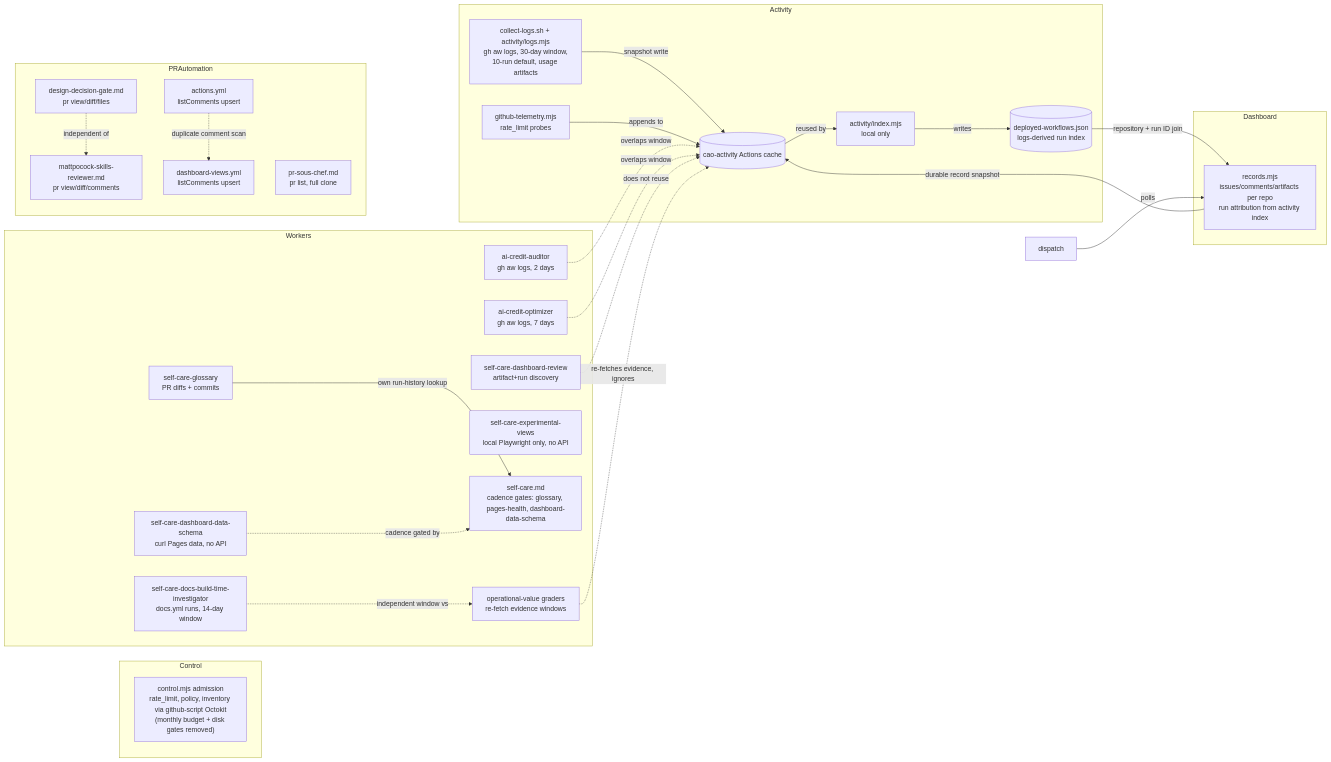
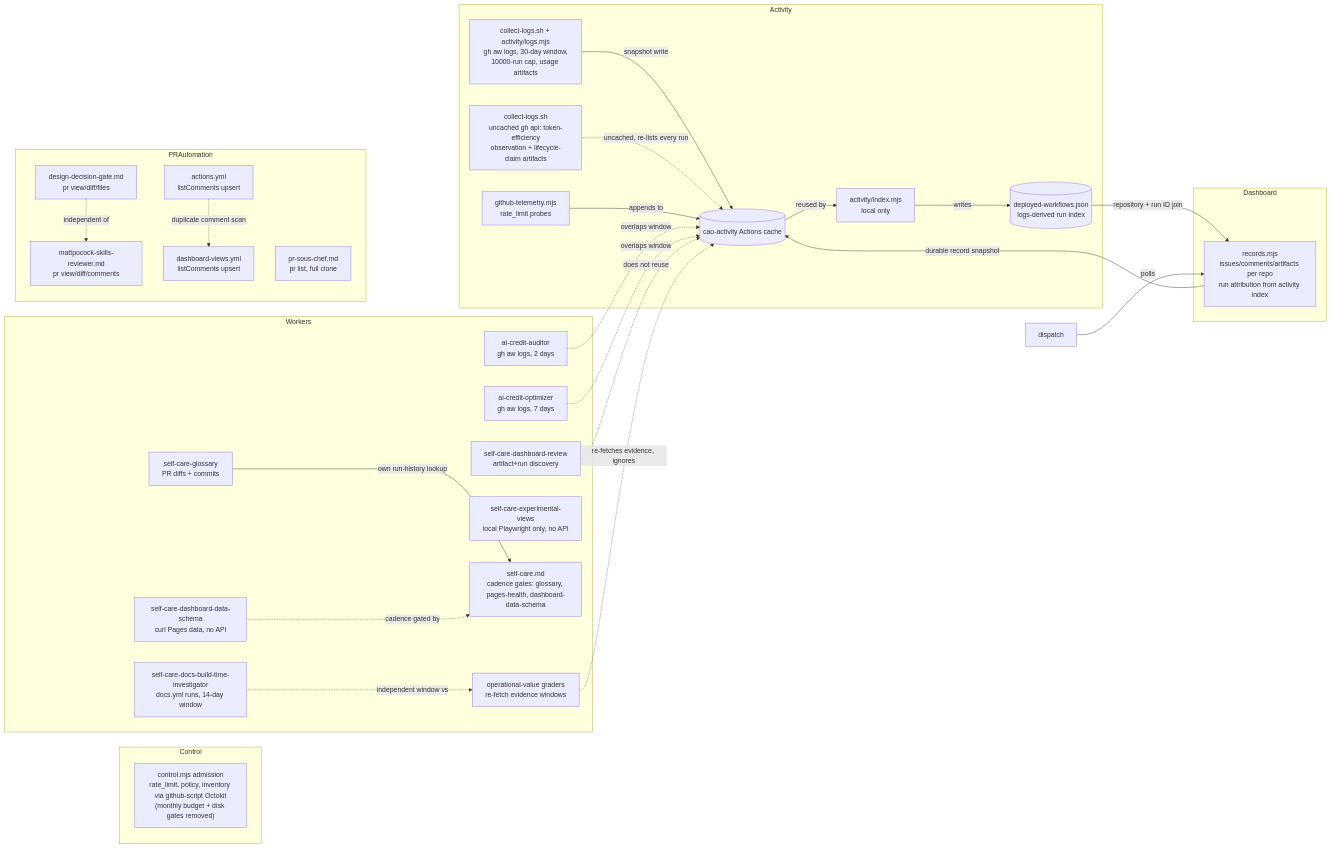
One commit to elefthei/gh-aw-cao changed the diagram in specs/data-acquisition-audit.md. Above: the diagram before and after it, drawn with Mermaid. The commit also changed other lines of this file and 1 other file, not shown here.

Commit message:
Refresh data acquisition audit: token-efficiency artifact collection and run-limit reversal (#12539)

````diff
--- a/specs/data-acquisition-audit.md
+++ b/specs/data-acquisition-audit.md
@@ -193,50 +195,52 @@
 ```mermaid
 flowchart LR
   subgraph Control
     control["control.mjs admission<br/>rate_limit, policy, inventory via github-script Octokit<br/>(monthly budget + disk gates removed)"]
   end
   subgraph Activity
-    logsmjs["collect-logs.sh + activity/logs.mjs<br/>gh aw logs, 30-day window,<br/>10-run default, usage artifacts"]
+    logsmjs["collect-logs.sh + activity/logs.mjs<br/>gh aw logs, 30-day window,<br/>10000-run cap, usage artifacts"]
+    tokenartifacts["collect-logs.sh<br/>uncached gh api: token-efficiency<br/>observation + lifecycle-claim artifacts"]
     indexmjs["activity/index.mjs<br/>local only"]
     runindex[("deployed-workflows.json<br/>logs-derived run index")]
     telemetry["github-telemetry.mjs<br/>rate_limit probes"]
     cache[("cao-activity Actions cache")]
   end
   subgraph Dashboard
     records["records.mjs<br/>issues/comments/artifacts per repo<br/>run attribution from activity index"]
   end
   subgraph Workers
     aicaud["ai-credit-auditor<br/>gh aw logs, 2 days"]
     aicopt["ai-credit-optimizer<br/>gh aw logs, 7 days"]
     reviewpf["self-care-dashboard-review<br/>artifact+run discovery"]
     glossary["self-care-glossary<br/>PR diffs + commits"]
     docsbt["self-care-docs-build-time-investigator<br/>docs.yml runs, 14-day window"]
     expviews["self-care-experimental-views<br/>local Playwright only, no API"]
     schemaworker["self-care-dashboard-data-schema<br/>curl Pages data, no API"]
     selfcare["self-care.md<br/>cadence gates: glossary, pages-health, dashboard-data-schema"]
     graders["operational-value graders<br/>re-fetch evidence windows"]
   end
   subgraph PRAutomation
     ddg["design-decision-gate.md<br/>pr view/diff/files"]
     mattpocock["mattpocock-skills-reviewer.md<br/>pr view/diff/comments"]
     soschef["pr-sous-chef.md<br/>pr list, full clone"]
     mobileci["actions.yml<br/>listComments upsert"]
     dashviews["dashboard-views.yml<br/>listComments upsert"]
   end
   logsmjs -->|snapshot write| cache
+  tokenartifacts -.->|uncached, re-lists every run| cache
   cache -->|reused by| indexmjs
   indexmjs -->|writes| runindex
   runindex -->|repository + run ID join| records
   records -->|durable record snapshot| cache
   telemetry -->|appends to| cache
   dispatch -->|polls| records
   aicaud -.->|overlaps window| cache
   aicopt -.->|overlaps window| cache
   reviewpf -.->|does not reuse| cache
   glossary -->|own run-history lookup| selfcare
   schemaworker -.->|cadence gated by| selfcare
   docsbt -.->|independent window vs| graders
   graders -.->|re-fetches evidence, ignores| cache
   ddg -.->|independent of| mattpocock
   mobileci -.->|duplicate comment scan| dashviews
 ```
````
